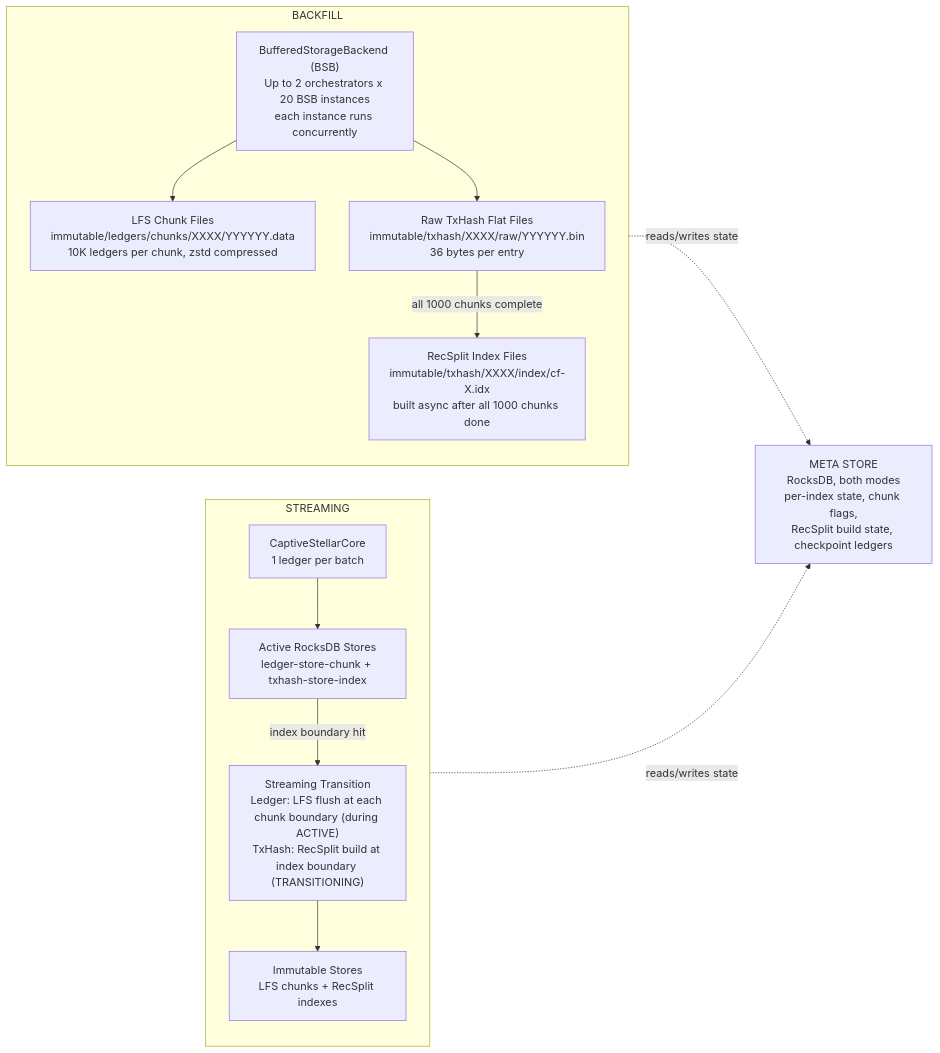
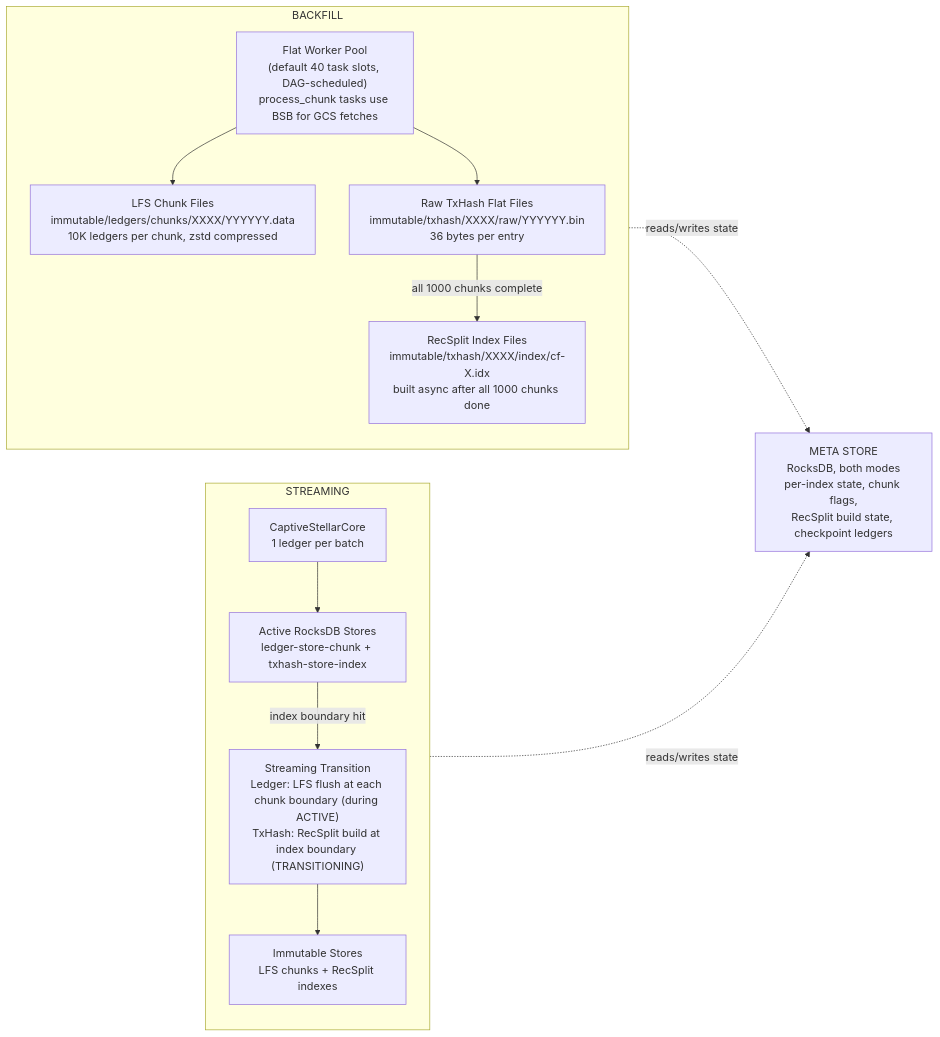
Before and after one commit to stellar/stellar-rpc: the first of 2 diagrams in full-history/design-docs/README.md, drawn with Mermaid. The commit also changed other lines of this file and 9 other files, not shown here.

````diff
--- a/full-history/design-docs/README.md
+++ b/full-history/design-docs/README.md
@@ -138,27 +138,27 @@
 ```mermaid
 flowchart LR
     subgraph BACKFILL
-        BSB["BufferedStorageBackend (BSB)<br/>Up to 2 orchestrators x 20 BSB instances<br/>each instance runs concurrently"]
+        BSB["Flat Worker Pool<br/>(default 40 task slots, DAG-scheduled)<br/>process_chunk tasks use BSB for GCS fetches"]
         LFS_B["LFS Chunk Files<br/>immutable/ledgers/chunks/XXXX/YYYYYY.data<br/>10K ledgers per chunk, zstd compressed"]
         TXRAW["Raw TxHash Flat Files<br/>immutable/txhash/XXXX/raw/YYYYYY.bin<br/>36 bytes per entry"]
         RECSPLIT_B["RecSplit Index Files<br/>immutable/txhash/XXXX/index/cf-X.idx<br/>built async after all 1000 chunks done"]
         BSB --> LFS_B
         BSB --> TXRAW
         TXRAW -->|all 1000 chunks complete| RECSPLIT_B
     end
 
     subgraph STREAMING
         CORE["CaptiveStellarCore<br/>1 ledger per batch"]
         ACTIVE["Active RocksDB Stores<br/>ledger-store-chunk + txhash-store-index"]
         TRANS["Streaming Transition<br/>Ledger: LFS flush at each chunk boundary (during ACTIVE)<br/>TxHash: RecSplit build at index boundary (TRANSITIONING)"]
         IMM["Immutable Stores<br/>LFS chunks + RecSplit indexes"]
         CORE --> ACTIVE
         ACTIVE -->|index boundary hit| TRANS
         TRANS --> IMM
     end
 
     META["META STORE<br/>RocksDB, both modes<br/>per-index state, chunk flags,<br/>RecSplit build state, checkpoint ledgers"]
 
     BACKFILL -.->|reads/writes state| META
     STREAMING -.->|reads/writes state| META
 ```
````
